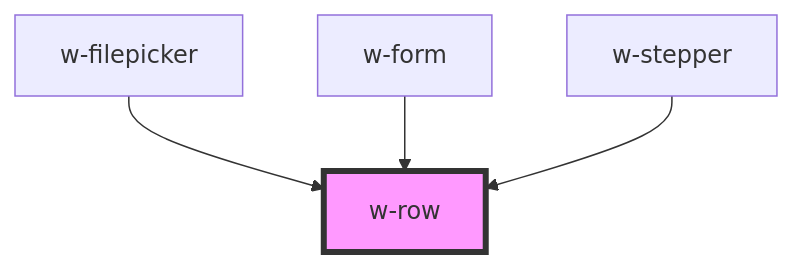
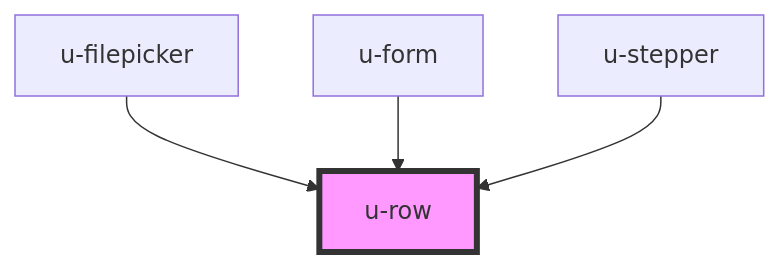
One commit to theUrbans/uniform changed the diagram in src/components/u-row/readme.md. Above: the diagram before and after it, drawn with Mermaid. The commit also changed other lines of this file and 13 other files, not shown here.

````diff
--- a/src/components/u-row/readme.md
+++ b/src/components/u-row/readme.md
@@ -28,7 +28,7 @@
 ```mermaid
 graph TD;
-  w-filepicker --> w-row
-  w-form --> w-row
-  w-stepper --> w-row
-  style w-row fill:#f9f,stroke:#333,stroke-width:4px
+  u-filepicker --> u-row
+  u-form --> u-row
+  u-stepper --> u-row
+  style u-row fill:#f9f,stroke:#333,stroke-width:4px
 ```
````
